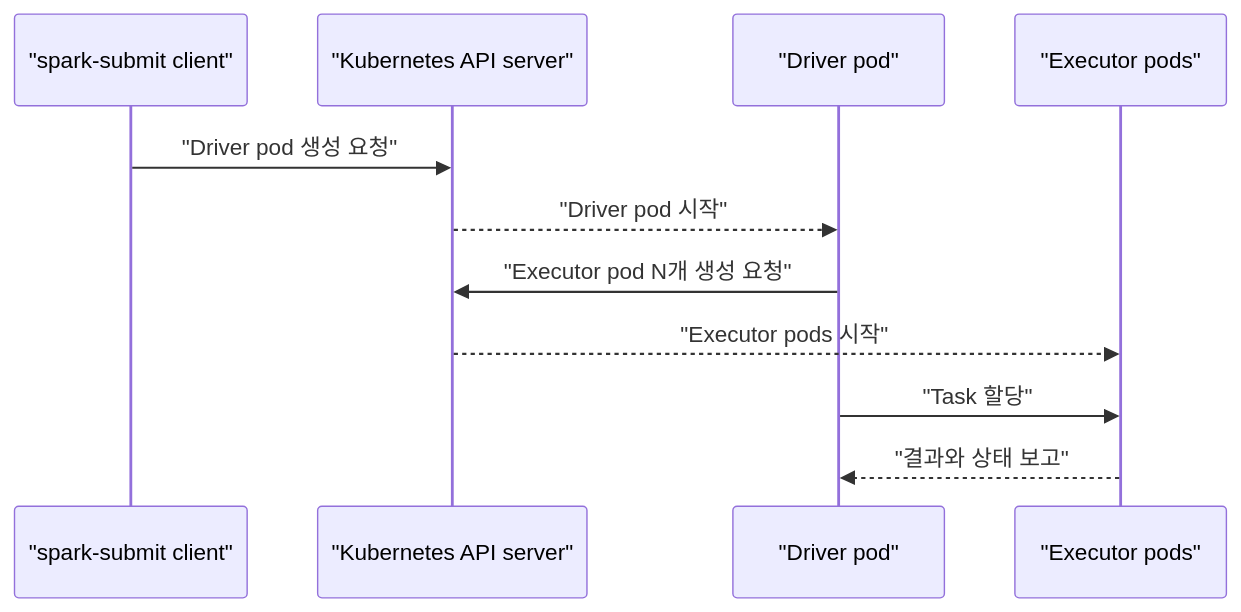
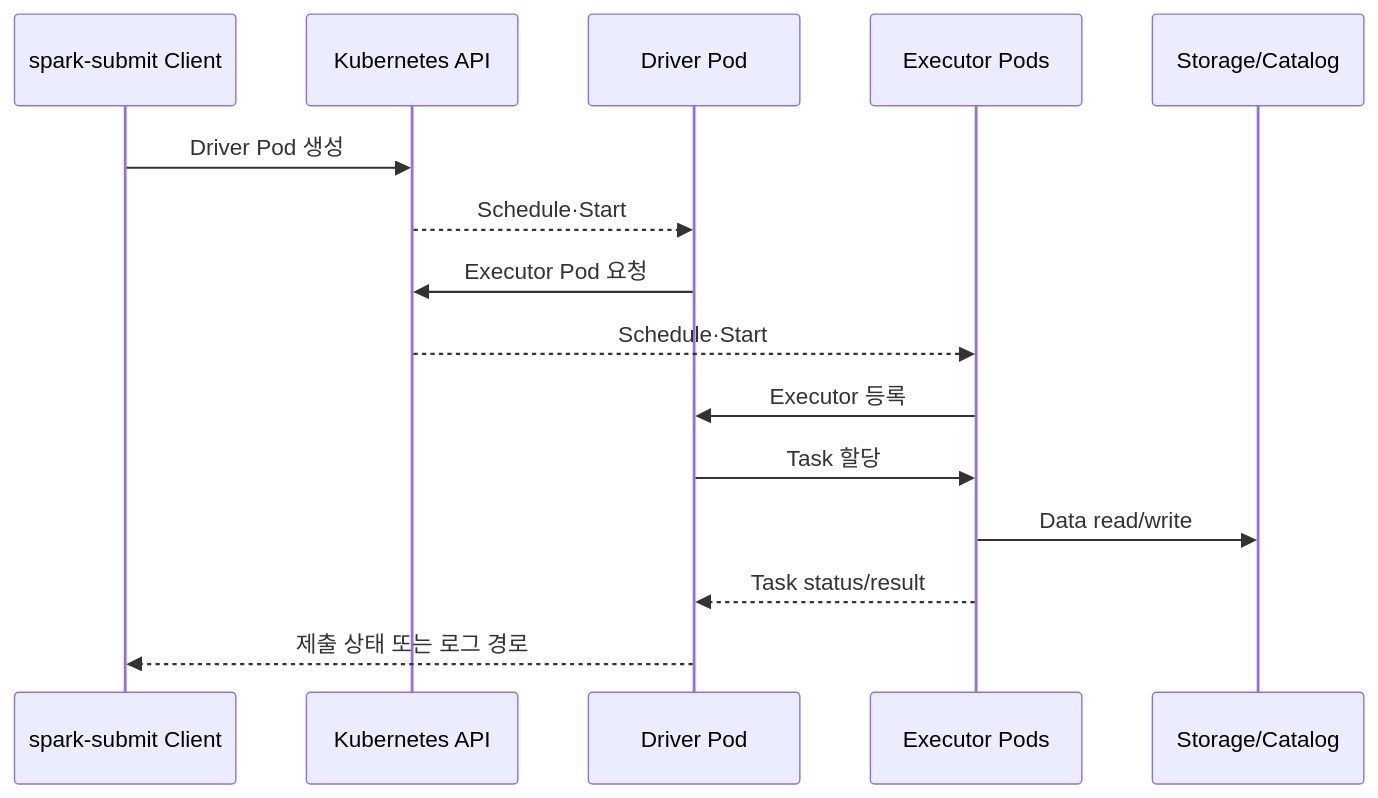
One commit to mj006648/netai-devsecops-runbook changed the second of 2 diagrams in learning/apache-spark/10-deployment-and-connect.md. Above: the diagram before and after it, drawn with Mermaid. The commit also changed other lines of this file and 68 other files, not shown here.

````diff
--- a/learning/apache-spark/10-deployment-and-connect.md
+++ b/learning/apache-spark/10-deployment-and-connect.md
@@ -85,13 +127,17 @@
-```mermaid
+~~~mermaid
 sequenceDiagram
-    participant S as "spark-submit client"
-    participant K as "Kubernetes API server"
-    participant D as "Driver pod"
-    participant E as "Executor pods"
-    S->>K: "Driver pod 생성 요청"
-    K-->>D: "Driver pod 시작"
-    D->>K: "Executor pod N개 생성 요청"
-    K-->>E: "Executor pods 시작"
-    D->>E: "Task 할당"
-    E-->>D: "결과와 상태 보고"
-```
+    participant C as spark-submit Client
+    participant K as Kubernetes API
+    participant D as Driver Pod
+    participant E as Executor Pods
+    participant S as Storage/Catalog
+    C->>K: Driver Pod 생성
+    K-->>D: Schedule·Start
+    D->>K: Executor Pod 요청
+    K-->>E: Schedule·Start
+    E->>D: Executor 등록
+    D->>E: Task 할당
+    E->>S: Data read/write
+    E-->>D: Task status/result
+    D-->>C: 제출 상태 또는 로그 경로
+~~~
````
